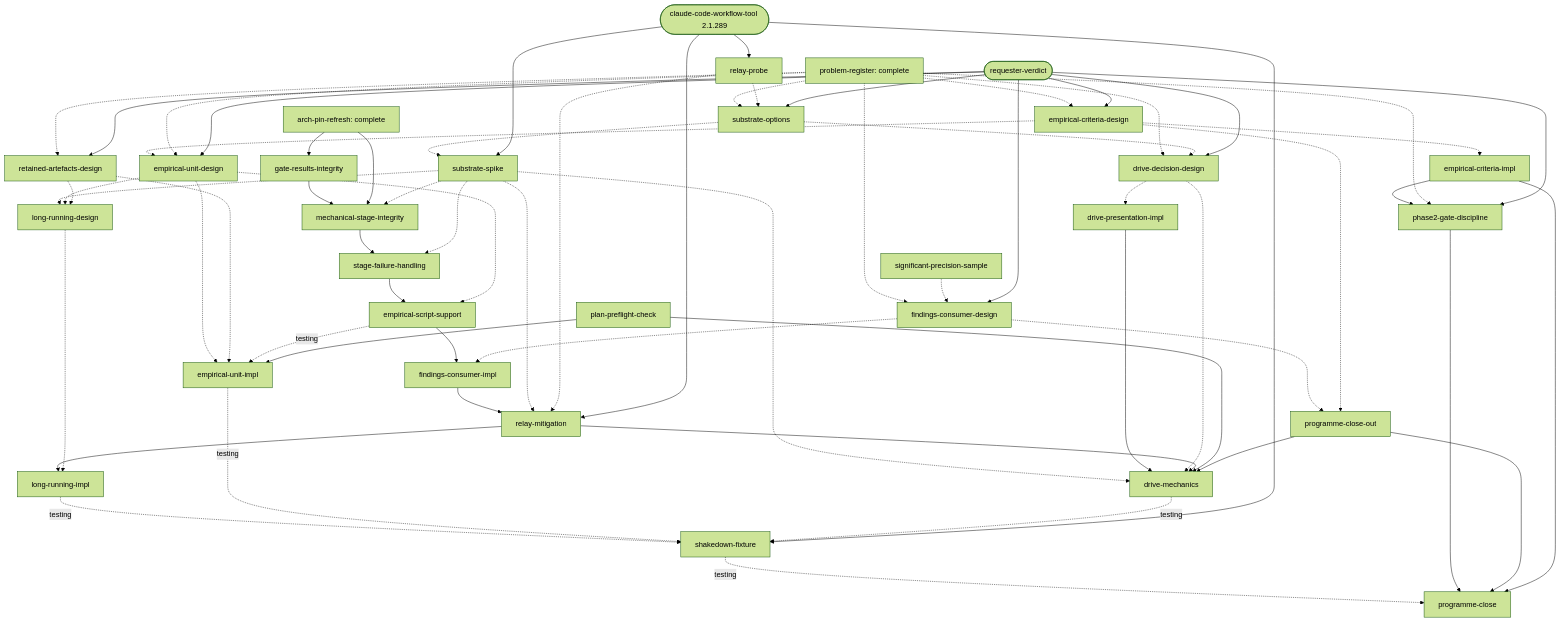
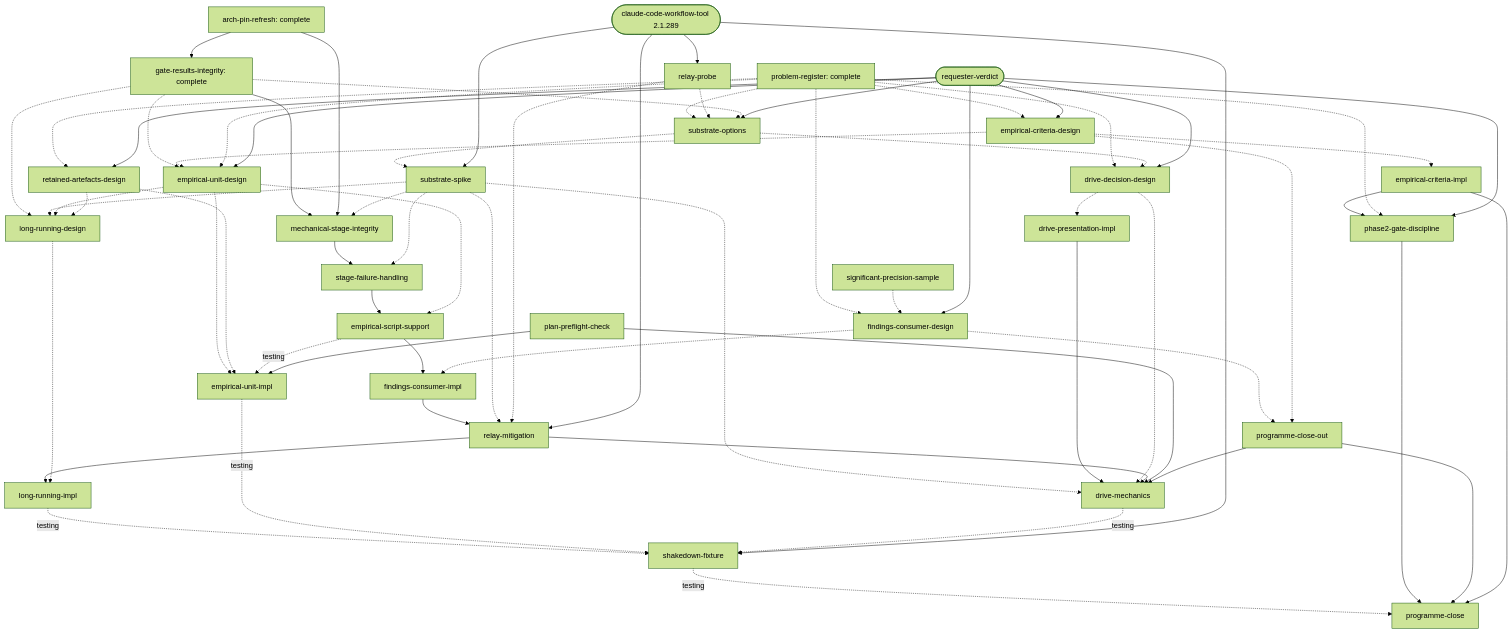
One commit to duaneg/phronithm changed the diagram in docs/plans/lsf-improvements-breakdown.md. Above: the diagram before and after it, drawn with Mermaid (forest theme). The commit also changed other lines of this file, not shown here.

First line of the commit message:
LSF improvements: re-plan after gate-results-integrity completed

```diff
--- a/docs/plans/lsf-improvements-breakdown.md
+++ b/docs/plans/lsf-improvements-breakdown.md
@@ -659,7 +648,7 @@
   SO[substrate-options]
   SS[substrate-spike]
   APR[arch-pin-refresh: complete]
-  GRI[gate-results-integrity]
+  GRI[gate-results-integrity: complete]
   PPC[plan-preflight-check]
   SPS[significant-precision-sample]
   ECD[empirical-criteria-design]
@@ -685,6 +674,9 @@
 
   PR -.-> SO
   RP -.-> SO
+  GRI -.-> SO
+  GRI -.-> EUD
+  GRI -.-> LRD
   SO -.-> SS
   APR --> GRI --> MSI --> SFH --> ESS --> FCI --> RM --> LRI
   APR --> MSI
```
